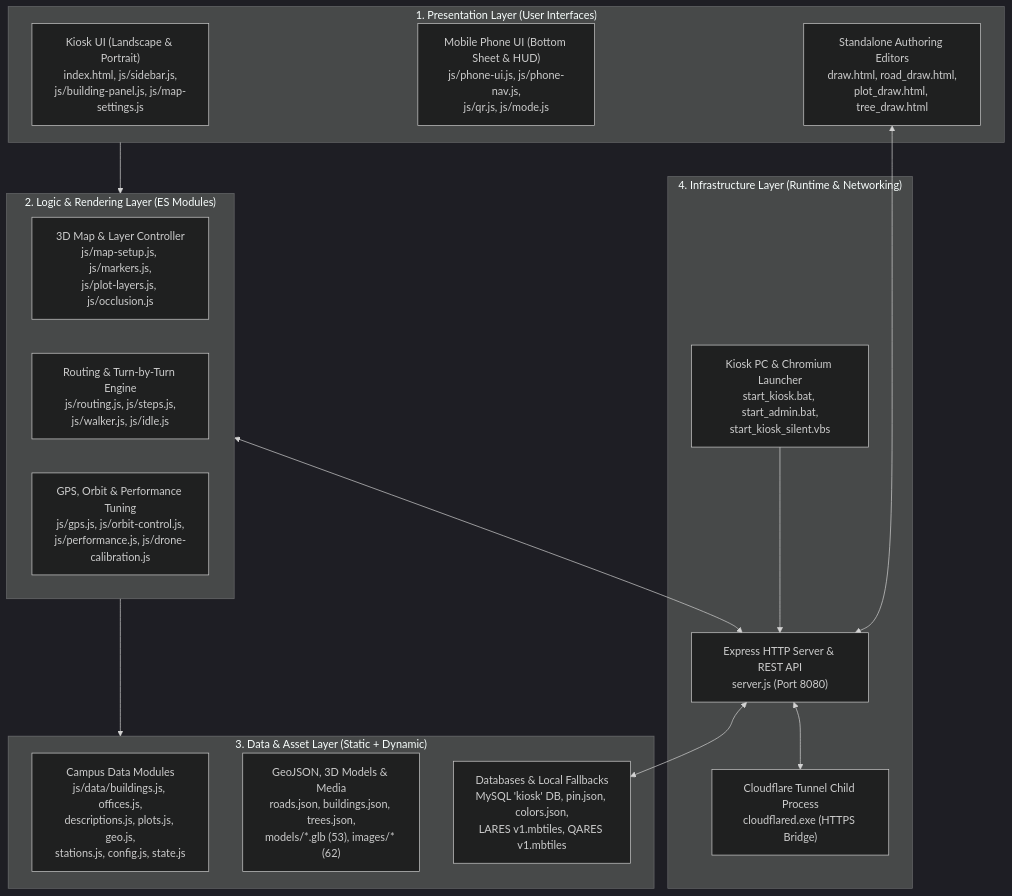
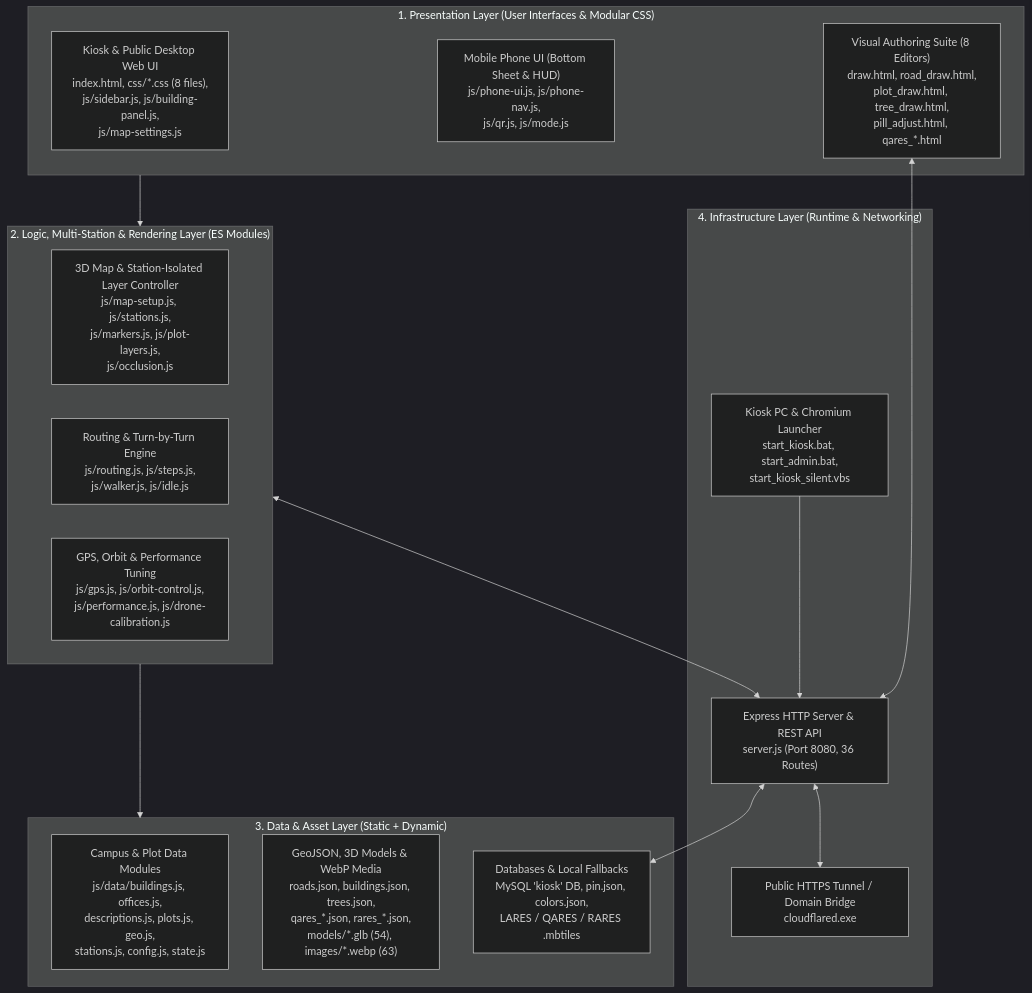
Before and after one commit to EarthJeune/map: the second of 7 diagrams in docs/00-system-overview.md, drawn with Mermaid (dark theme). The commit also changed other lines of this file and 182 other files, not shown here.

Commit message:
Checkpoint: Multi-station Option C 3D layers, WebP images, modular CSS, MBTiles optimizer, and complete 00-06 docs

````diff
--- a/docs/00-system-overview.md
+++ b/docs/00-system-overview.md
@@ -137,34 +148,34 @@
 ```mermaid
 flowchart TD
-    subgraph Presentation["1. Presentation Layer (User Interfaces)"]
-        KioskUI["Kiosk UI (Landscape & Portrait)\nindex.html, js/sidebar.js,\njs/building-panel.js, js/map-settings.js"]
+    subgraph Presentation["1. Presentation Layer (User Interfaces & Modular CSS)"]
+        KioskUI["Kiosk & Public Desktop Web UI\nindex.html, css/*.css (8 files),\njs/sidebar.js, js/building-panel.js,\njs/map-settings.js"]
         PhoneUI["Mobile Phone UI (Bottom Sheet & HUD)\njs/phone-ui.js, js/phone-nav.js,\njs/qr.js, js/mode.js"]
-        AuthorUI["Standalone Authoring Editors\ndraw.html, road_draw.html,\nplot_draw.html, tree_draw.html"]
+        AuthorUI["Visual Authoring Suite (8 Editors)\ndraw.html, road_draw.html,\nplot_draw.html, tree_draw.html,\npill_adjust.html, qares_*.html"]
     end
 
-    subgraph Logic["2. Logic & Rendering Layer (ES Modules)"]
-        MapEngine["3D Map & Layer Controller\njs/map-setup.js, js/markers.js,\njs/plot-layers.js, js/occlusion.js"]
+    subgraph Logic["2. Logic, Multi-Station & Rendering Layer (ES Modules)"]
+        MapEngine["3D Map & Station-Isolated Layer Controller\njs/map-setup.js, js/stations.js,\njs/markers.js, js/plot-layers.js,\njs/occlusion.js"]
         NavEngine["Routing & Turn-by-Turn Engine\njs/routing.js, js/steps.js,\njs/walker.js, js/idle.js"]
         SensorEngine["GPS, Orbit & Performance Tuning\njs/gps.js, js/orbit-control.js,\njs/performance.js, js/drone-calibration.js"]
     end
 
     subgraph Data["3. Data & Asset Layer (Static + Dynamic)"]
-        StaticJS["Campus Data Modules\njs/data/buildings.js, offices.js,\ndescriptions.js, plots.js, geo.js,\nstations.js, config.js, state.js"]
-        GeoAssets["GeoJSON, 3D Models & Media\nroads.json, buildings.json, trees.json,\nmodels/*.glb (53), images/* (62)"]
-        Storage["Databases & Local Fallbacks\nMySQL 'kiosk' DB, pin.json, colors.json,\nLARES v1.mbtiles, QARES v1.mbtiles"]
+        StaticJS["Campus & Plot Data Modules\njs/data/buildings.js, offices.js,\ndescriptions.js, plots.js, geo.js,\nstations.js, config.js, state.js"]
+        GeoAssets["GeoJSON, 3D Models & WebP Media\nroads.json, buildings.json, trees.json,\nqares_*.json, rares_*.json,\nmodels/*.glb (54), images/*.webp (63)"]
+        Storage["Databases & Local Fallbacks\nMySQL 'kiosk' DB, pin.json, colors.json,\nLARES / QARES / RARES .mbtiles"]
     end
 
     subgraph Infra["4. Infrastructure Layer (Runtime & Networking)"]
-        NodeServer["Express HTTP Server & REST API\nserver.js (Port 8080)"]
-        TunnelProc["Cloudflare Tunnel Child Process\ncloudflared.exe (HTTPS Bridge)"]
+        NodeServer["Express HTTP Server & REST API\nserver.js (Port 8080, 36 Routes)"]
+        TunnelProc["Public HTTPS Tunnel / Domain Bridge\ncloudflared.exe"]
         KioskOS["Kiosk PC & Chromium Launcher\nstart_kiosk.bat, start_admin.bat,\nstart_kiosk_silent.vbs"]
     end
 
     Presentation --> Logic
     Logic --> Data
     Logic <--> NodeServer
     AuthorUI <--> NodeServer
     NodeServer <--> Storage
     NodeServer <--> TunnelProc
     KioskOS --> NodeServer
 ```
````
